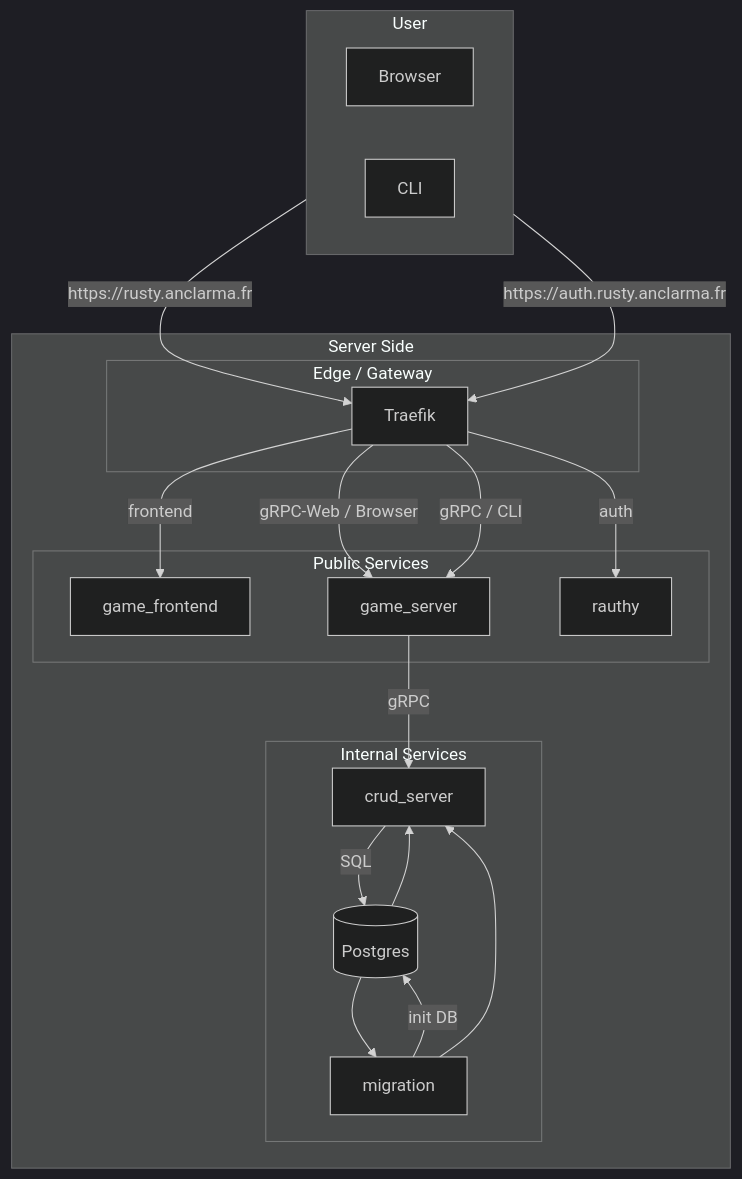
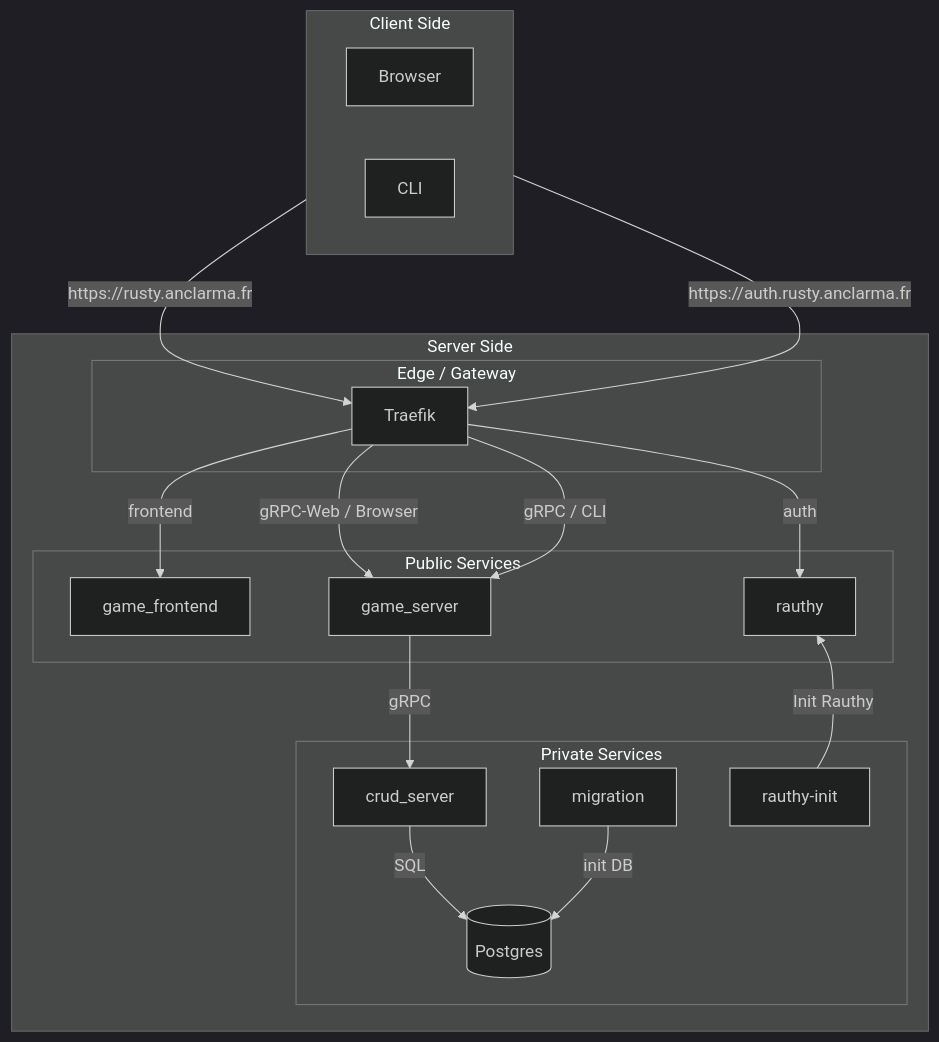
One commit to alisterd51/rusty-kingdom changed the diagram in README.md. Above: the diagram before and after it, drawn with Mermaid (dark theme). The commit also changed other lines of this file, not shown here.

Commit message:
docs(readme): update compose file

````diff
--- a/README.md
+++ b/README.md
@@ -53,56 +53,56 @@
 ```mermaid
 flowchart TD
   %% =======================
-  %% USER LAYER
+  %% CLIENT LAYER
   %% =======================
-  subgraph USER["User"]
+  subgraph CLIENT["Client Side"]
     B[Browser]
     C[CLI]
   end
 
   %% =======================
   %% SERVER LAYER
   %% =======================
   subgraph SERVER["Server Side"]
     subgraph EDGE["Edge / Gateway"]
       T[Traefik]
     end
 
     subgraph PUBLIC["Public Services"]
       GF[game_frontend]
       GS[game_server]
       AUTH[rauthy]
     end
 
-    subgraph INTERNAL["Internal Services"]
+    subgraph PRIVATE["Private Services"]
       CRUD[crud_server]
       MIG[migration]
       PG[(Postgres)]
+      RINIT[rauthy-init]
     end
   end
 
+  AUTH ~~~ RINIT
+
   %% =======================
-  %% USER → EDGE
+  %% CLIENT → EDGE
   %% =======================
-  USER -->|https://rusty.anclarma.fr| T
-  USER -->|https://auth.rusty.anclarma.fr| T
+  CLIENT -->|https://rusty.anclarma.fr| T
+  CLIENT -->|https://auth.rusty.anclarma.fr| T
 
   %% =======================
   %% EDGE → SERVICES
   %% =======================
   T -->|frontend| GF
   T -->|gRPC-Web / Browser| GS
   T -->|gRPC / CLI| GS
   T -->|auth| AUTH
 
   %% =======================
   %% INTERNAL SERVICE FLOW
   %% =======================
   GS -->|gRPC| CRUD
   CRUD -->|SQL| PG
   MIG -->|init DB| PG
-
-  PG --> MIG
-  MIG --> CRUD
-  PG --> CRUD
+  RINIT -->|Init Rauthy| AUTH
 ```
````
